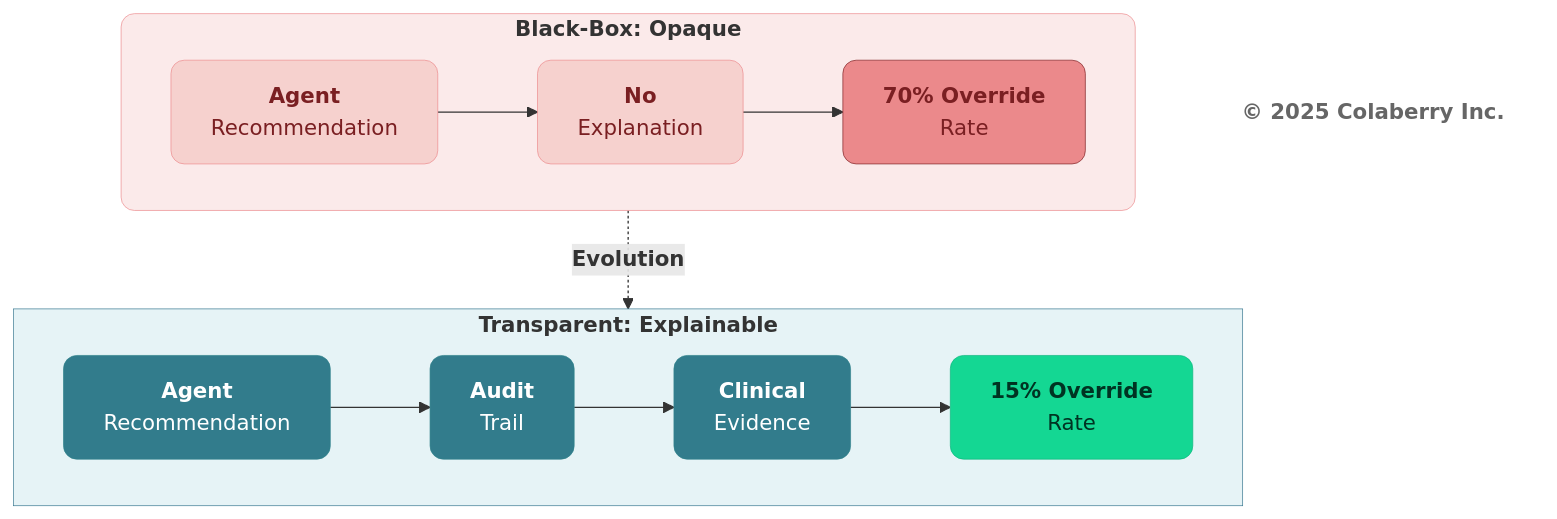
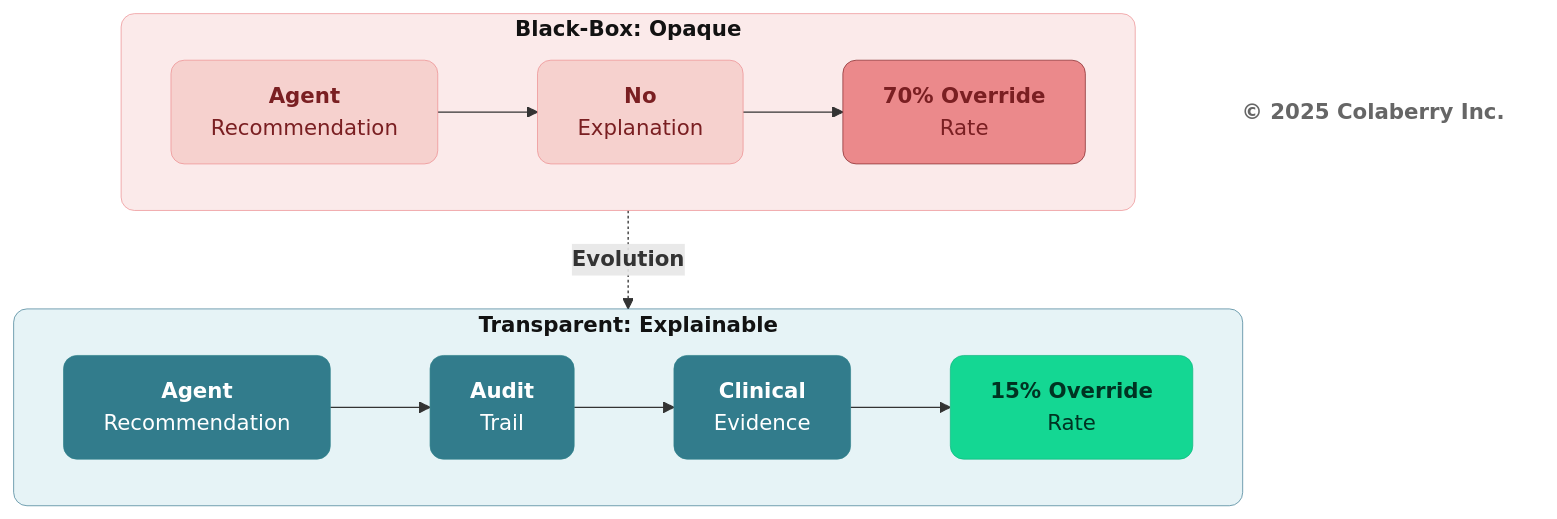
One commit to saitejesh-cyber/trust-before-intelligence-book changed diagram 12 of 12 in manuscript/03_chapter_2_inpact_framework.md. Above: the diagram before and after it, drawn with Mermaid. The commit also changed other lines of this file and 12 other files, not shown here.

````diff
--- a/manuscript/03_chapter_2_inpact_framework.md
+++ b/manuscript/03_chapter_2_inpact_framework.md
@@ -864,38 +864,38 @@
 ```mermaid
 graph TB
     subgraph ERA1["<b>Black-Box: Opaque</b>"]
         direction LR
         A1["<b>Agent</b><br/>Recommendation"]
         B1["<b>No</b><br/>Explanation"]
         D1["<b>70% Override</b><br/>Rate"]
         
         A1 --> B1 --> D1
     end
     
     ERA1 -.->|<b>Evolution</b>| ERA2
     
     subgraph ERA2["<b>Transparent: Explainable</b>"]
         direction LR
         A2["<b>Agent</b><br/>Recommendation"]
         B2["<b>Audit</b><br/>Trail"]
         C2["<b>Clinical</b><br/>Evidence"]
         D2["<b>15% Override</b><br/>Rate"]
         
         A2 --> B2 --> C2 --> D2
     end
 
-    style ERA1 fill:#FBEAEA,stroke:#EB898B,stroke-width:0.5px,rx:10,ry:10
+    style ERA1 fill:#FBEAEA,stroke:#EB898B,stroke-width:0.5px,color:#121212,rx:10,ry:10
     style A1 fill:#F6D1CE,stroke:#EB898B,stroke-width:0.5px,color:#7A1F22,rx:10,ry:10
     style B1 fill:#F6D1CE,stroke:#EB898B,stroke-width:0.5px,color:#7A1F22,rx:10,ry:10
 
     style D1 fill:#EB898B,stroke:#7A1F22,stroke-width:0.5px,color:#7A1F22,rx:10,ry:10
 
-    style ERA2 fill:#E6F3F6,stroke:#32738C,stroke-width:0.5px
+    style ERA2 fill:#E6F3F6,stroke:#32738C,stroke-width:0.5px,color:#121212,rx:10,ry:10
     style A2 fill:#327C8C,stroke:#30838C,stroke-width:0.5px,color:#ffffff,rx:10,ry:10
     style B2 fill:#327C8C,stroke:#30838C,stroke-width:0.5px,color:#ffffff,rx:10,ry:10
     style C2 fill:#327C8C,stroke:#30838C,stroke-width:0.5px,color:#ffffff,rx:10,ry:10
     style D2 fill:#14D793,stroke:#0FB67D,stroke-width:0.5px,color:#003322,rx:10,ry:10
     
     Copyright["<b>© 2025 Colaberry Inc.</b>"]
     style Copyright fill:none,stroke:none,color:#666666
 ```
````
